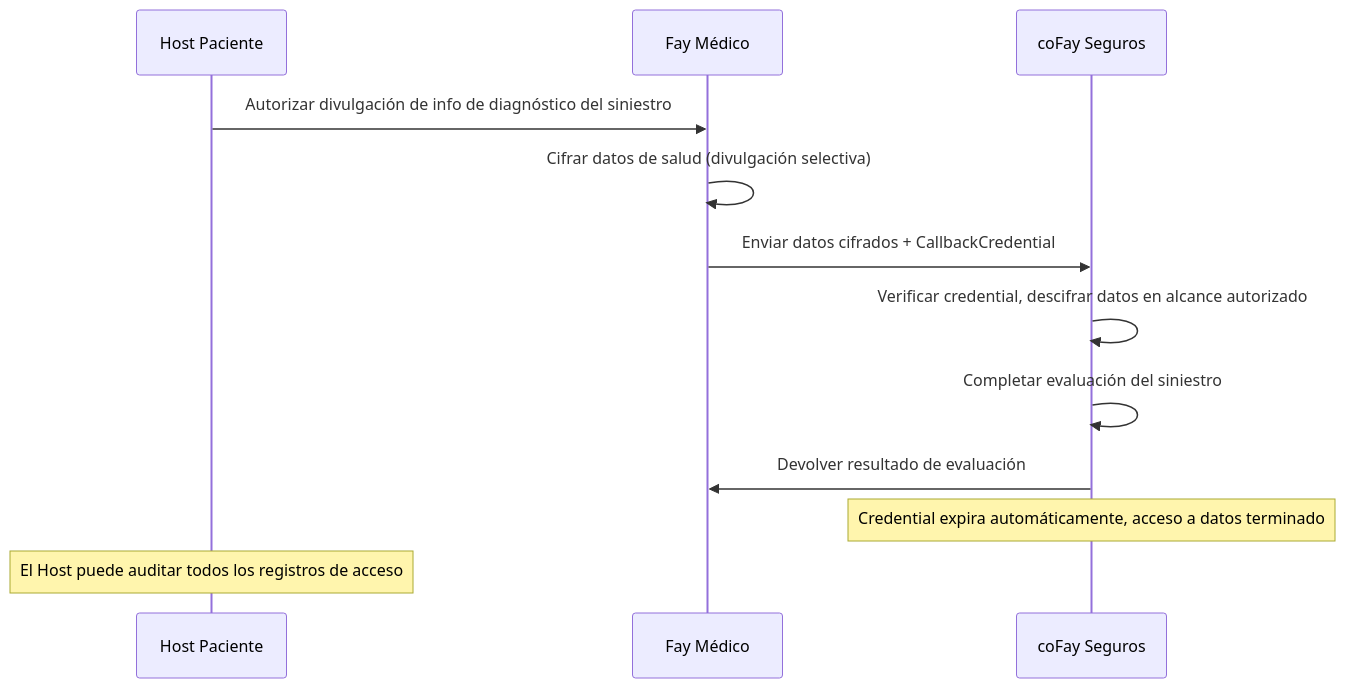
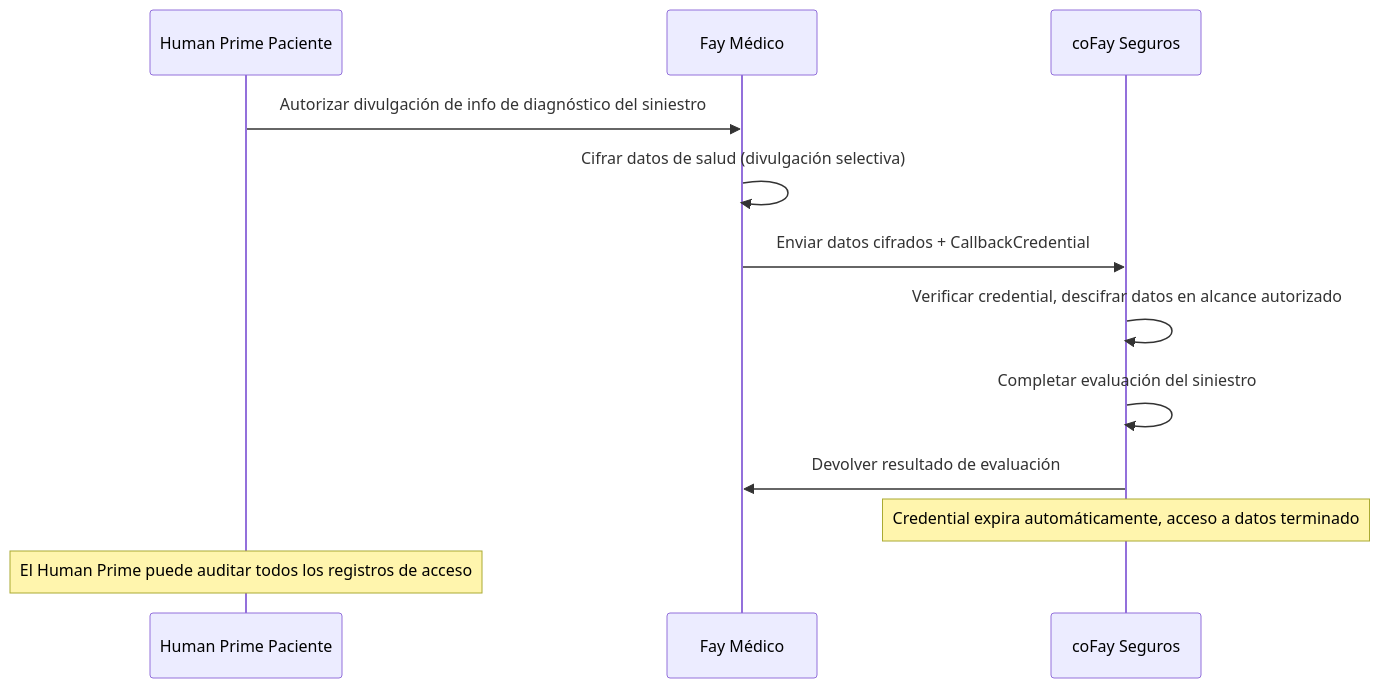
The first of 5 diagrams in docs/es/blueprint/4-escenarios-de-aplicacion.md (ChainModePilot/Telepathy-Protocol), drawn with Mermaid before and after one commit. The commit also changed other lines of this file and 68 other files, not shown here.

First line of the commit message:
Use 'Human Prime' instead of 'Host' in blueprints

````diff
--- a/docs/es/blueprint/4-escenarios-de-aplicacion.md
+++ b/docs/es/blueprint/4-escenarios-de-aplicacion.md
@@ -19,15 +19,15 @@
 ```mermaid
 sequenceDiagram
-    participant H as Host Paciente
+    participant H as Human Prime Paciente
     participant MF as Fay Médico
     participant IF as coFay Seguros
 
     H->>MF: Autorizar divulgación de info de diagnóstico del siniestro
     MF->>MF: Cifrar datos de salud (divulgación selectiva)
     MF->>IF: Enviar datos cifrados + CallbackCredential
     IF->>IF: Verificar credential, descifrar datos en alcance autorizado
     IF->>IF: Completar evaluación del siniestro
     IF->>MF: Devolver resultado de evaluación
     Note over IF: Credential expira automáticamente, acceso a datos terminado
-    Note over H: El Host puede auditar todos los registros de acceso
+    Note over H: El Human Prime puede auditar todos los registros de acceso
 ```
````
